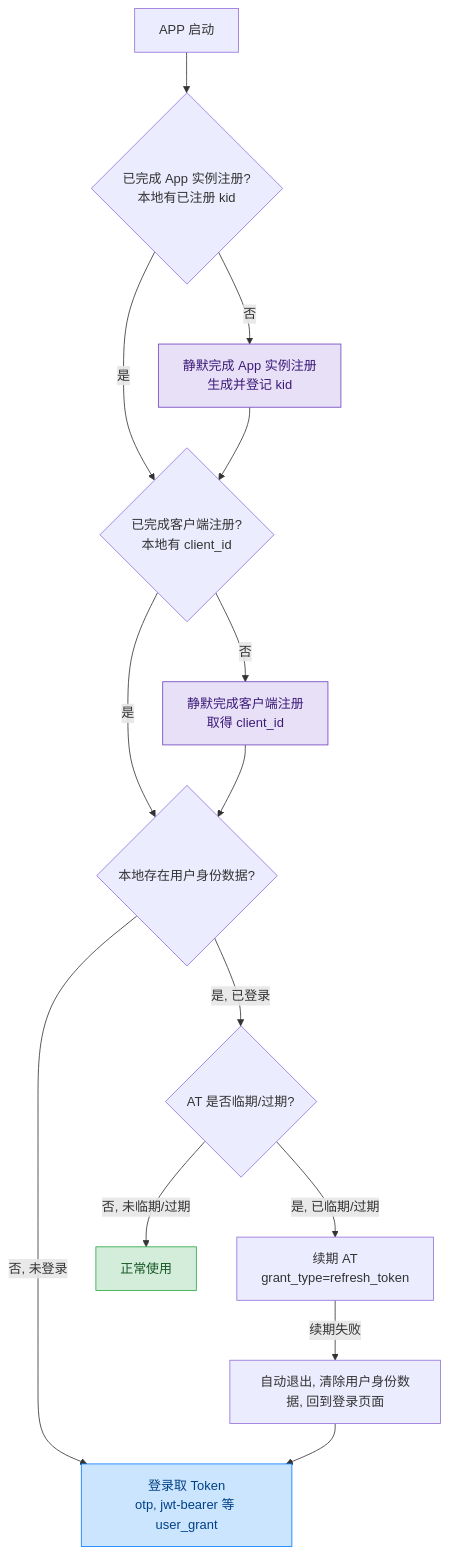
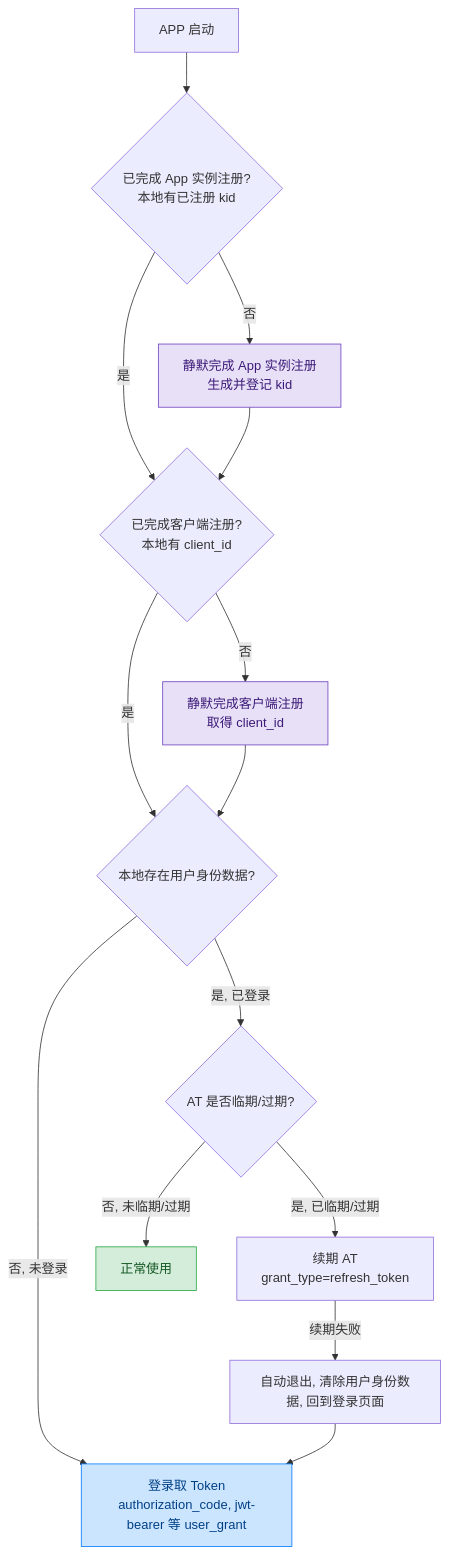
Before and after one commit to euler-projects/demo: the first of 7 diagrams in user-center/doc/apis/zh-cn/app-attest-login/v2/App-Attest-Login.md, drawn with Mermaid. The commit also changed other lines of this file and 4 other files, not shown here.

First line of the commit message:
docs(user-center): document authorization challenge endpoint flow

````diff
--- a/user-center/doc/apis/zh-cn/app-attest-login/v2/App-Attest-Login.md
+++ b/user-center/doc/apis/zh-cn/app-attest-login/v2/App-Attest-Login.md
@@ -17,23 +17,23 @@
 ```mermaid
 graph TB
     A[APP 启动] --> C1{已完成 App 实例注册?<br>本地有已注册 kid}
     C1 -- 否 --> D1[静默完成 App 实例注册<br>生成并登记 kid]
     C1 -- 是 --> C2{已完成客户端注册?<br>本地有 client_id}
     D1 --> C2
     C2 -- 否 --> D2[静默完成客户端注册<br>取得 client_id]
     C2 -- 是 --> P{本地存在用户身份数据?}
     D2 --> P
-    P -- 否, 未登录 --> LOGIN[登录取 Token<br>otp, jwt-bearer 等 user_grant]
+    P -- 否, 未登录 --> LOGIN[登录取 Token<br>authorization_code, jwt-bearer 等 user_grant]
     P -- 是, 已登录 --> T{AT 是否临期/过期?}
     T -- 是, 已临期/过期 --> E[续期 AT<br>grant_type=refresh_token]
     T -- 否, 未临期/过期 --> U[正常使用]
     E -- 续期失败 --> X[自动退出, 清除用户身份数据, 回到登录页面]
     X --> LOGIN
     classDef enroll fill: #e7e0f7, stroke: #6f42c1, stroke-width: 1px, color: #3d1a78
     classDef scene2 fill: #cce5ff, stroke: #007bff, stroke-width: 1px, color: #004085
     classDef normal fill: #d4edda, stroke: #28a745, stroke-width: 1px, color: #155724
     class D1 enroll
     class D2 enroll
     class LOGIN scene2
     class U normal
 ```
````
